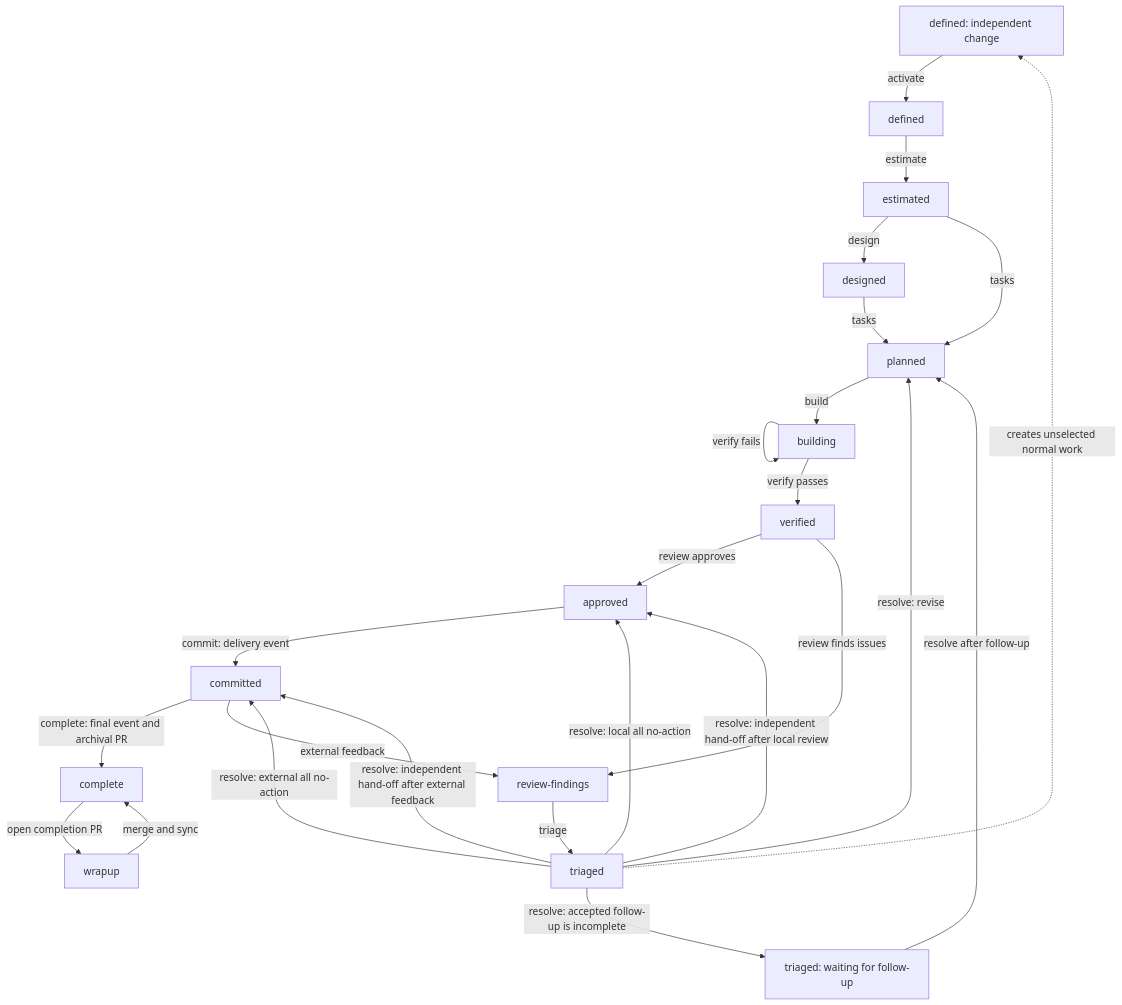
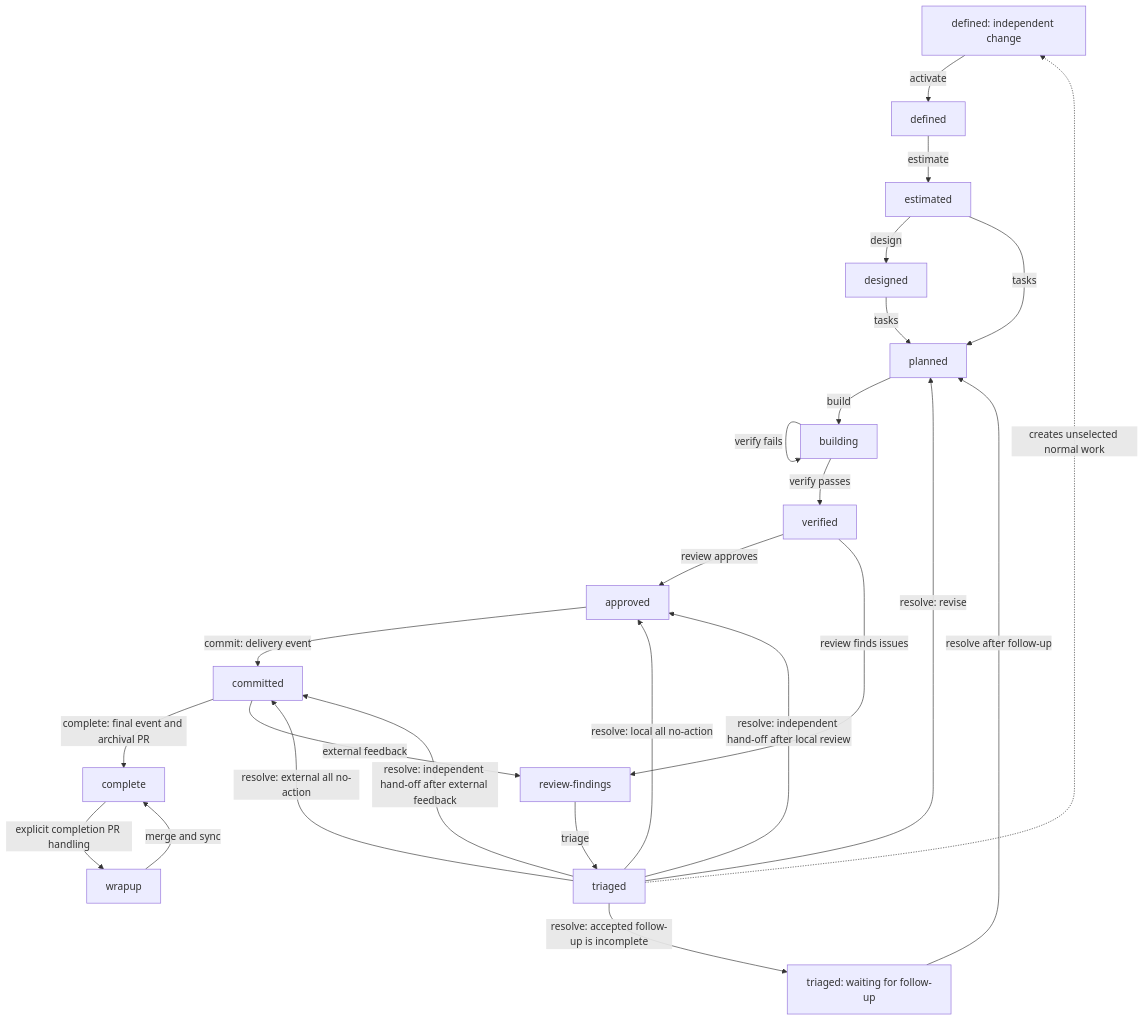
One commit to deeprave/specle changed the first of 3 diagrams in docs/LIFECYCLE.md. Above: the diagram before and after it, drawn with Mermaid. The commit also changed other lines of this file and 30 other files, not shown here.

````diff
--- a/docs/LIFECYCLE.md
+++ b/docs/LIFECYCLE.md
@@ -73,28 +73,28 @@
 ```mermaid
 flowchart TB
   unselected_defined[unselected defined] -->|activate| defined
   defined -->|estimate| estimated
   estimated -->|design| designed
   estimated -->|tasks| planned
   designed -->|tasks| planned
   planned -->|build| building
   building -->|build| building
   building -->|verify passes| verified
   building -->|verify fails| building
   verified -->|review approves| approved
   approved -->|commit: delivery event| committed
   committed -->|complete: final event and archival PR| complete
-  complete -->|open completion PR| wrapup
+  complete -->|explicit completion PR handling| wrapup
   wrapup -->|merge and sync| complete
   committed -->|external feedback| review_findings
   verified -->|review finds issues| review_findings[review-findings]
   review_findings -->|triage| triaged
   triaged -->|resolve: revise| planned
   triaged -->|resolve: accepted follow-up is incomplete| waiting[triaged: waiting for follow-up]
   waiting -->|resolve after follow-up| planned
   triaged -->|resolve: local all no-action| approved
   triaged -->|resolve: external all no-action| committed
   triaged -->|resolve: independent hand-off after local review| approved
   triaged -->|resolve: independent hand-off after external feedback| committed
   triaged -.->|creates unselected normal work| unselected_defined[defined: independent change]
 ```
````
